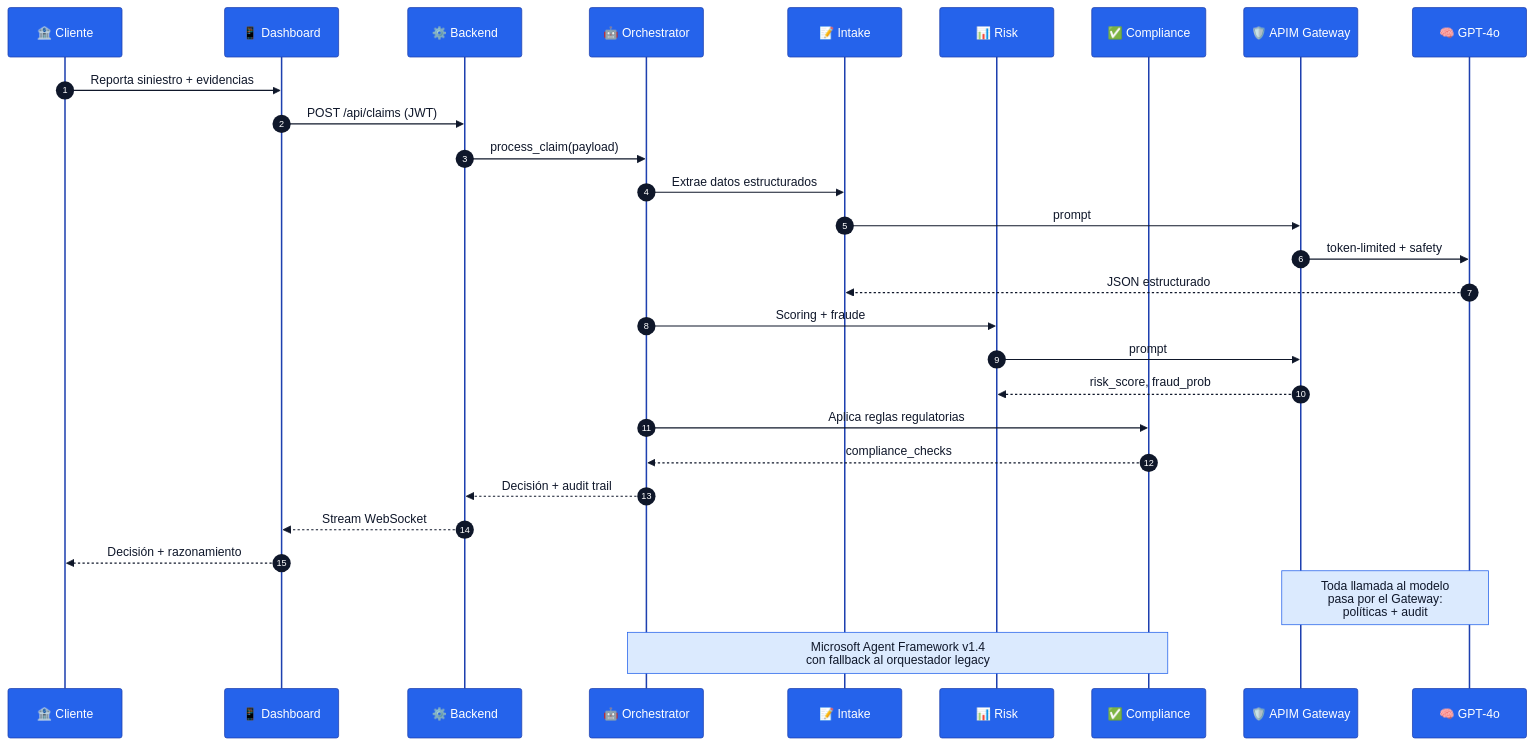
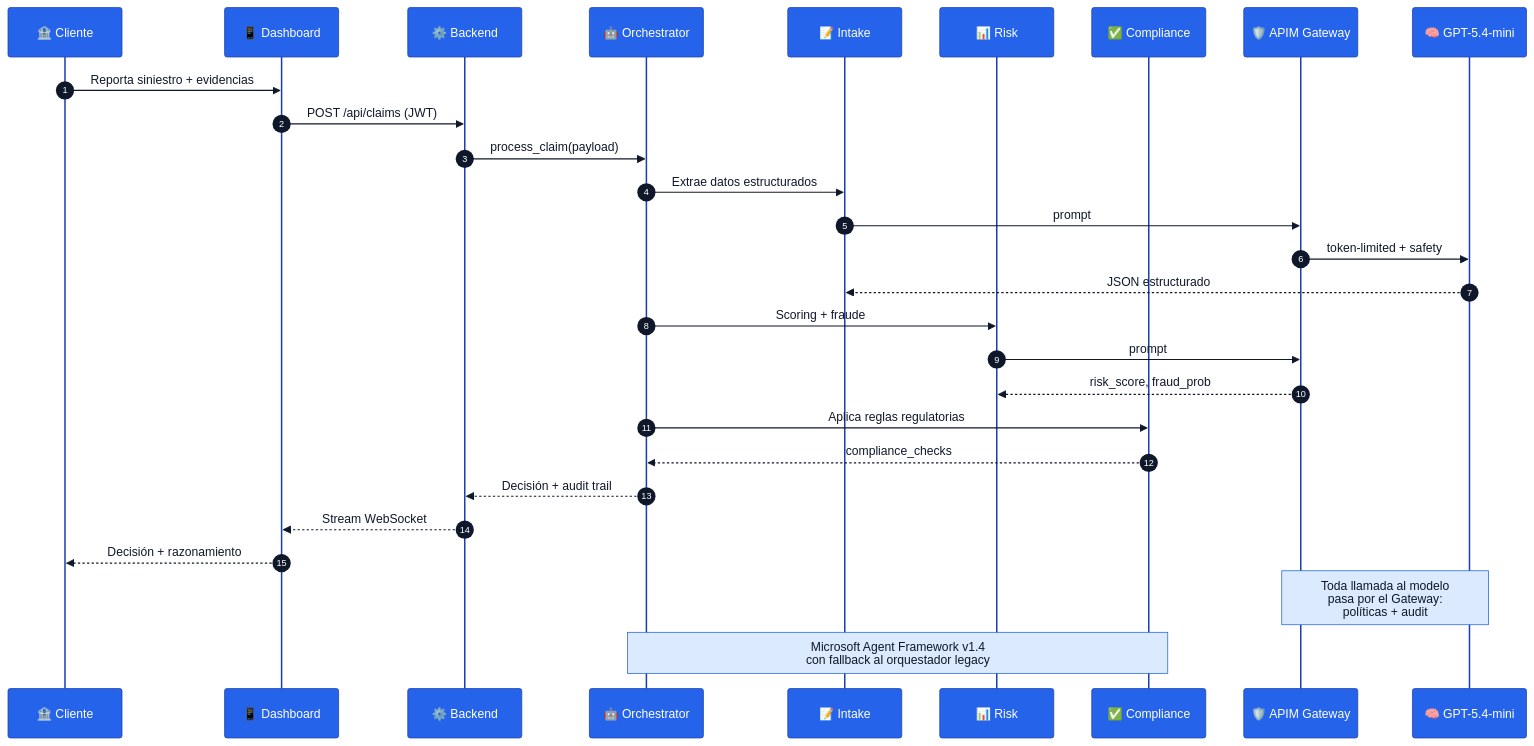
One commit to aangell98/insurance-ai-agents changed the diagram in README.md. Above: the diagram before and after it, drawn with Mermaid. The commit also changed other lines of this file and 4 other files, not shown here.

First line of the commit message:
brand: rebrand to Helix Insurance + update model references to gpt-5.4-mini

````diff
--- a/README.md
+++ b/README.md
@@ -50,33 +50,33 @@
 ```mermaid
 %%{init: {'theme':'base', 'themeVariables': { 'primaryColor':'#2563EB','primaryTextColor':'#fff','lineColor':'#0F172A','actorBkg':'#2563EB','actorTextColor':'#fff','actorBorder':'#1E40AF','signalColor':'#0F172A','signalTextColor':'#0F172A','sequenceNumberColor':'#fff','noteBkgColor':'#DBEAFE','noteTextColor':'#0F172A','noteBorderColor':'#2563EB','fontFamily':'Inter, system-ui, sans-serif'} }}%%
 sequenceDiagram
     autonumber
     participant C as 🏦 Cliente
     participant D as 📱 Dashboard
     participant B as ⚙️ Backend
     participant O as 🤖 Orchestrator
     participant I as 📝 Intake
     participant R as 📊 Risk
     participant K as ✅ Compliance
     participant G as 🛡️ APIM Gateway
-    participant M as 🧠 GPT-4o
+    participant M as 🧠 GPT-5.4-mini
 
     C->>D: Reporta siniestro + evidencias
     D->>B: POST /api/claims (JWT)
     B->>O: process_claim(payload)
     O->>I: Extrae datos estructurados
     I->>G: prompt
     G->>M: token-limited + safety
     M-->>I: JSON estructurado
     O->>R: Scoring + fraude
     R->>G: prompt
     G-->>R: risk_score, fraud_prob
     O->>K: Aplica reglas regulatorias
     K-->>O: compliance_checks
     O-->>B: Decisión + audit trail
     B-->>D: Stream WebSocket
     D-->>C: Decisión + razonamiento
 
     Note over G,M: Toda llamada al modelo<br/>pasa por el Gateway:<br/>políticas + audit
     Note over O,K: Microsoft Agent Framework v1.4<br/>con fallback al orquestador legacy
 ```
````
